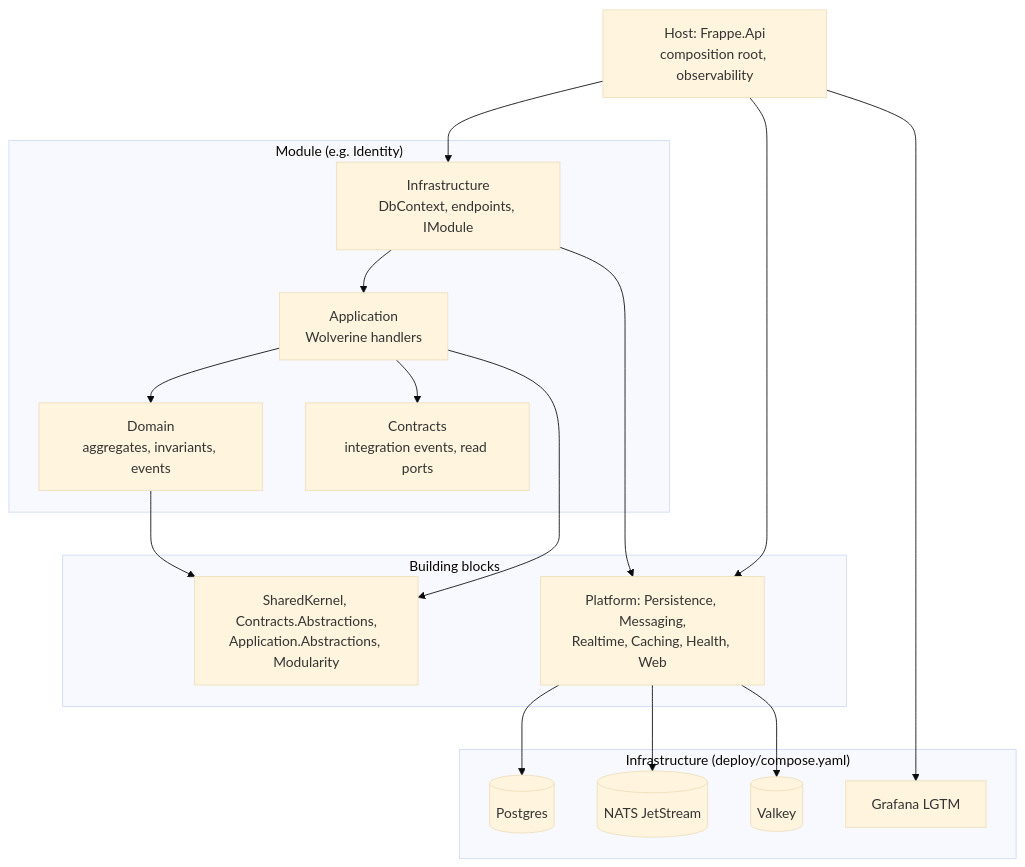
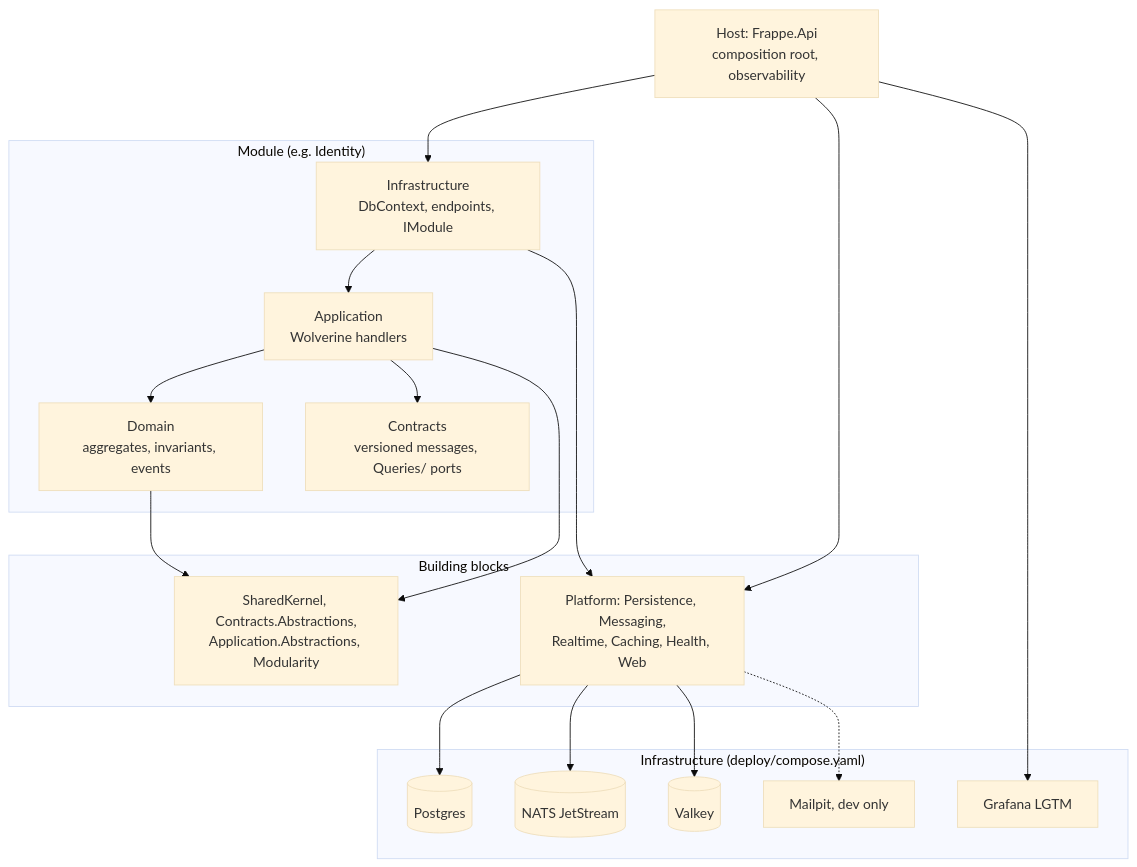
One commit to MathiasHilgert/frappe-api changed the first of 3 diagrams in README.md. Above: the diagram before and after it, drawn with Mermaid (base theme). The commit also changed other lines of this file and 7 other files, not shown here.

First line of the commit message:
docs: move conventions into docs/ and keep the README to quickstart and architecture

````diff
--- a/README.md
+++ b/README.md
@@ -40,31 +43,33 @@
 ```mermaid
 flowchart TD
     Host["Host: Frappe.Api<br/>composition root, observability"]
     subgraph Module["Module (e.g. Identity)"]
         Infra["Infrastructure<br/>DbContext, endpoints, IModule"]
         App["Application<br/>Wolverine handlers"]
         Dom["Domain<br/>aggregates, invariants, events"]
-        Con["Contracts<br/>integration events, read ports"]
+        Con["Contracts<br/>versioned messages, Queries/ ports"]
     end
     subgraph BB["Building blocks"]
         Kernel["SharedKernel, Contracts.Abstractions,<br/>Application.Abstractions, Modularity"]
         Platform["Platform: Persistence, Messaging,<br/>Realtime, Caching, Health, Web"]
     end
     subgraph External["Infrastructure (deploy/compose.yaml)"]
         PG[(Postgres)]
         NATS[(NATS JetStream)]
         VK[(Valkey)]
         LGTM[Grafana LGTM]
+        MP[Mailpit, dev only]
     end
     Host --> Infra
     Host --> Platform
     Infra --> App --> Dom
     App --> Con
     Dom --> Kernel
     App --> Kernel
     Infra --> Platform
     Platform --> PG
     Platform --> NATS
     Platform --> VK
     Host --> LGTM
+    Platform -.-> MP
 ```
````
